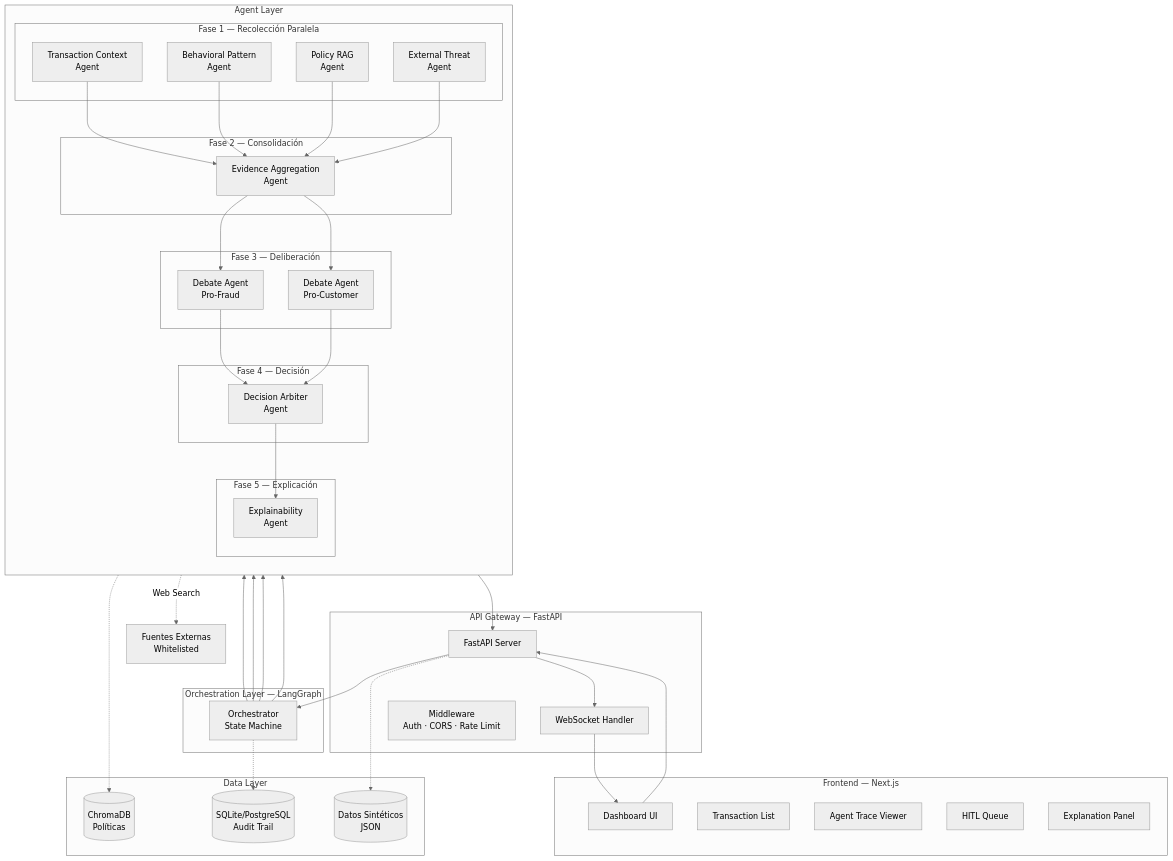
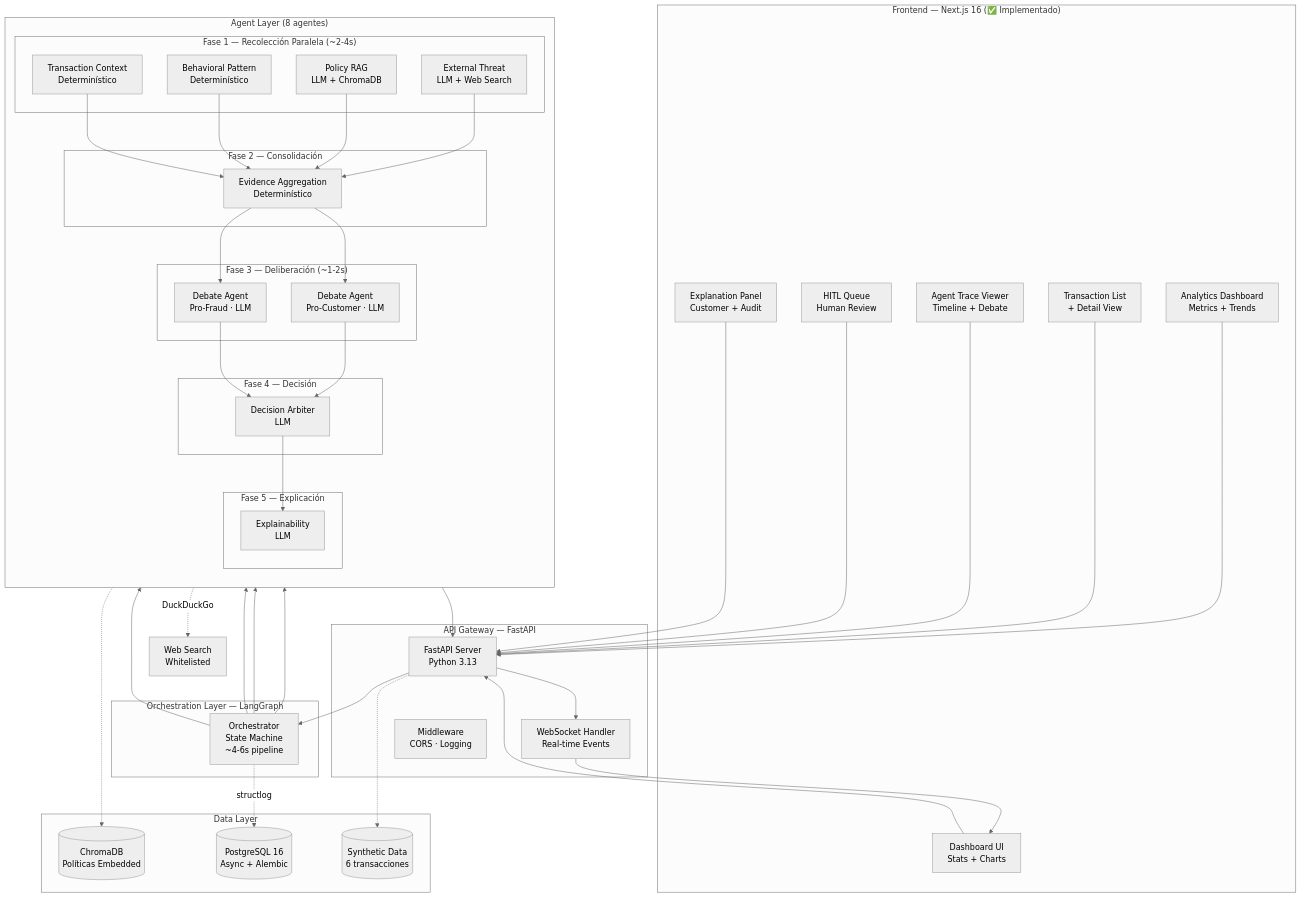
One commit to miguelsff/fraud-detection-multi-agent-system changed the first of 10 diagrams in .claude/docs/arquitectura-sistema.md. Above: the diagram before and after it, drawn with Mermaid (neutral theme). The commit also changed other lines of this file and 1 other file, not shown here.

Commit message:
docs: architecture doc updated

````diff
--- a/.claude/docs/arquitectura-sistema.md
+++ b/.claude/docs/arquitectura-sistema.md
@@ -24,64 +42,66 @@
 ```mermaid
 graph TB
-    subgraph "Frontend — Next.js"
-        UI[Dashboard UI]
-        TL[Transaction List]
-        AT[Agent Trace Viewer]
-        HQ[HITL Queue]
-        EP[Explanation Panel]
+    subgraph "Frontend — Next.js 16 (✅ Implementado)"
+        UI[Dashboard UI<br/>Stats + Charts]
+        TL[Transaction List<br/>+ Detail View]
+        AT[Agent Trace Viewer<br/>Timeline + Debate]
+        HQ[HITL Queue<br/>Human Review]
+        EP[Explanation Panel<br/>Customer + Audit]
+        AN[Analytics Dashboard<br/>Metrics + Trends]
     end
 
     subgraph "API Gateway — FastAPI"
-        API[FastAPI Server]
-        WS[WebSocket Handler]
-        MW[Middleware<br/>Auth · CORS · Rate Limit]
+        API[FastAPI Server<br/>Python 3.13]
+        WS[WebSocket Handler<br/>Real-time Events]
+        MW[Middleware<br/>CORS · Logging]
     end
 
     subgraph "Orchestration Layer — LangGraph"
-        ORC[Orchestrator<br/>State Machine]
+        ORC[Orchestrator<br/>State Machine<br/>~4-6s pipeline]
     end
 
-    subgraph "Agent Layer"
+    subgraph "Agent Layer (8 agentes)"
         direction TB
-        subgraph "Fase 1 — Recolección Paralela"
-            TCA[Transaction Context<br/>Agent]
-            BPA[Behavioral Pattern<br/>Agent]
-            PRA[Policy RAG<br/>Agent]
-            ETA[External Threat<br/>Agent]
+        subgraph "Fase 1 — Recolección Paralela (~2-4s)"
+            TCA[Transaction Context<br/>Determinístico]
+            BPA[Behavioral Pattern<br/>Determinístico]
+            PRA[Policy RAG<br/>LLM + ChromaDB]
+            ETA[External Threat<br/>LLM + Web Search]
         end
         subgraph "Fase 2 — Consolidación"
-            EAA[Evidence Aggregation<br/>Agent]
+            EAA[Evidence Aggregation<br/>Determinístico]
         end
-        subgraph "Fase 3 — Deliberación"
-            DPF[Debate Agent<br/>Pro-Fraud]
-            DPC[Debate Agent<br/>Pro-Customer]
+        subgraph "Fase 3 — Deliberación (~1-2s)"
+            DPF[Debate Agent<br/>Pro-Fraud · LLM]
+            DPC[Debate Agent<br/>Pro-Customer · LLM]
         end
         subgraph "Fase 4 — Decisión"
-            DAR[Decision Arbiter<br/>Agent]
+            DAR[Decision Arbiter<br/>LLM]
         end
         subgraph "Fase 5 — Explicación"
-            EXP[Explainability<br/>Agent]
+            EXP[Explainability<br/>LLM]
         end
     end
 
     subgraph "Data Layer"
-        CDB[(ChromaDB<br/>Políticas)]
-        SQL[(SQLite/PostgreSQL<br/>Audit Trail)]
-        SYN[(Datos Sintéticos<br/>JSON)]
+        CDB[(ChromaDB<br/>Políticas Embedded)]
+        SQL[(PostgreSQL 16<br/>Async + Alembic)]
+        SYN[(Synthetic Data<br/>6 transacciones)]
     end
 
-    UI --> API
+    UI & AN --> API
+    TL & AT & HQ & EP --> API
     API --> ORC
     ORC --> TCA & BPA & PRA & ETA
     TCA & BPA & PRA & ETA --> EAA
     EAA --> DPF & DPC
     DPF & DPC --> DAR
     DAR --> EXP
     EXP --> API
     API --> WS --> UI
 
     PRA -.-> CDB
-    ETA -.->|Web Search| EXT[Fuentes Externas<br/>Whitelisted]
-    ORC -.-> SQL
+    ETA -.->|DuckDuckGo| EXT[Web Search<br/>Whitelisted]
+    ORC -.->|structlog| SQL
     API -.-> SYN
 ```
````
